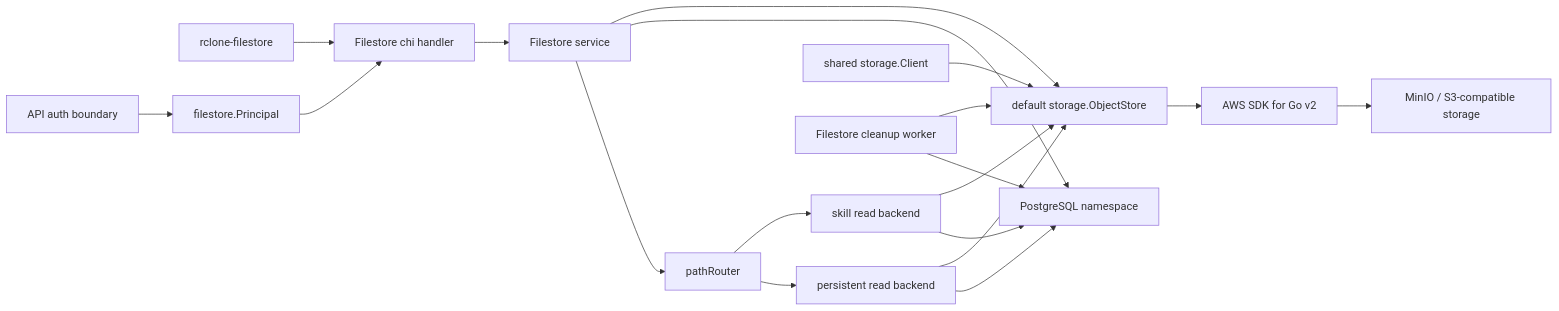
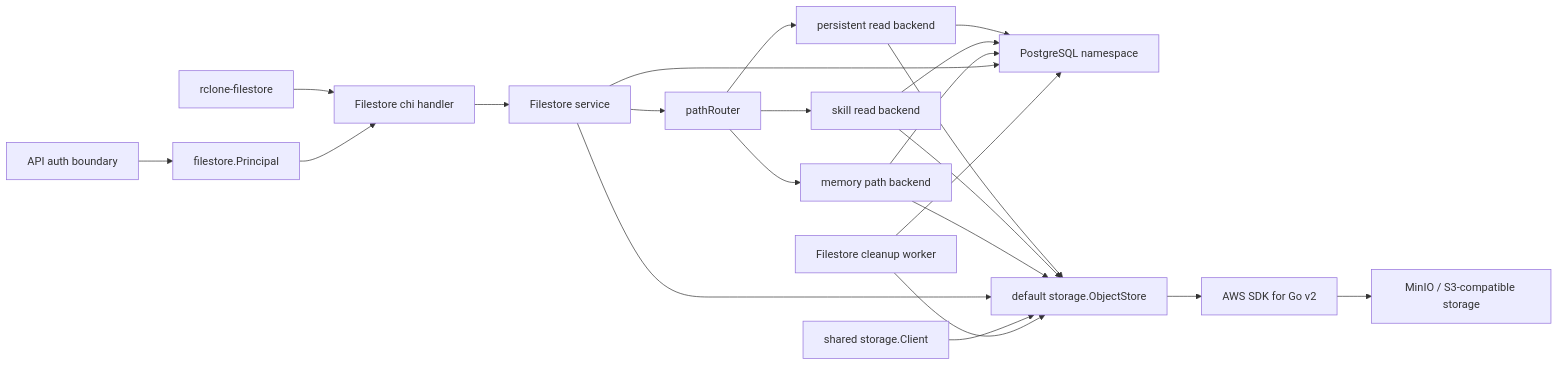
One commit to superduck-ai/open-managed-agents changed the first of 4 diagrams in docs/design/be/filestore.md. Above: the diagram before and after it, drawn with Mermaid. The commit also changed other lines of this file and 18 other files, not shown here.

````diff
--- a/docs/design/be/filestore.md
+++ b/docs/design/be/filestore.md
@@ -31,21 +31,24 @@
 ```mermaid
 flowchart LR
     R["rclone-filestore"] --> H["Filestore chi handler"]
     AUTH["API auth boundary"] --> P["filestore.Principal"]
     P --> H
     H --> S["Filestore service"]
     S --> PR["pathRouter"]
     PR --> PB["persistent read backend"]
     PR --> SB["skill read backend"]
+    PR --> MB["memory path backend"]
     PB --> D
     PB --> T
     SB --> D
     SB --> T
+    MB --> D
+    MB --> T
     S --> D["PostgreSQL namespace"]
     S --> T["default storage.ObjectStore"]
     SC["shared storage.Client"] --> T
     T --> A["AWS SDK for Go v2"]
     A --> O["MinIO / S3-compatible storage"]
     C["Filestore cleanup worker"] --> D
     C --> T
 ```
````
